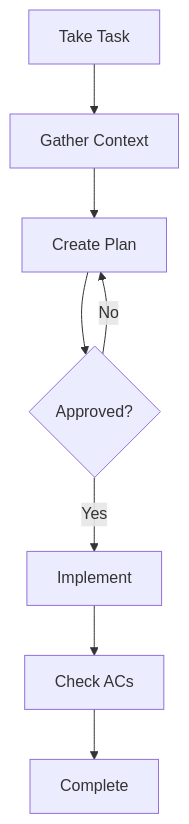
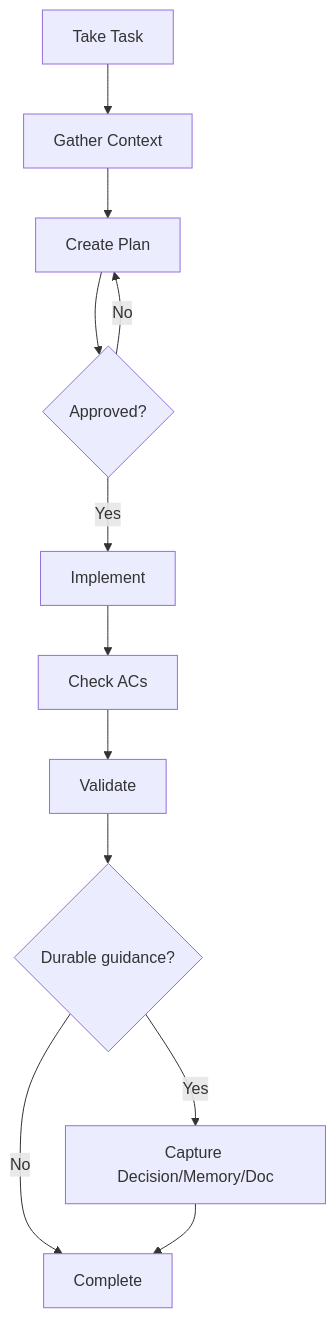
The second of 2 diagrams in .knowns/docs/guides/workflow-guide.md (knowns-dev/knowns), drawn with Mermaid before and after one commit. The commit also changed other lines of this file and 182 other files, not shown here.

````diff
--- a/.knowns/docs/guides/workflow-guide.md
+++ b/.knowns/docs/guides/workflow-guide.md
@@ -29,10 +30,14 @@
 ```mermaid
 graph TD
     A[Take Task] --> B[Gather Context]
     B --> C[Create Plan]
     C --> D{Approved?}
     D -->|Yes| E[Implement]
     D -->|No| C
     E --> F[Check ACs]
-    F --> G[Complete]
+    F --> G[Validate]
+    G --> H{Durable guidance?}
+    H -->|Yes| I[Capture Decision/Memory/Doc]
+    H -->|No| J[Complete]
+    I --> J
 ```
````
